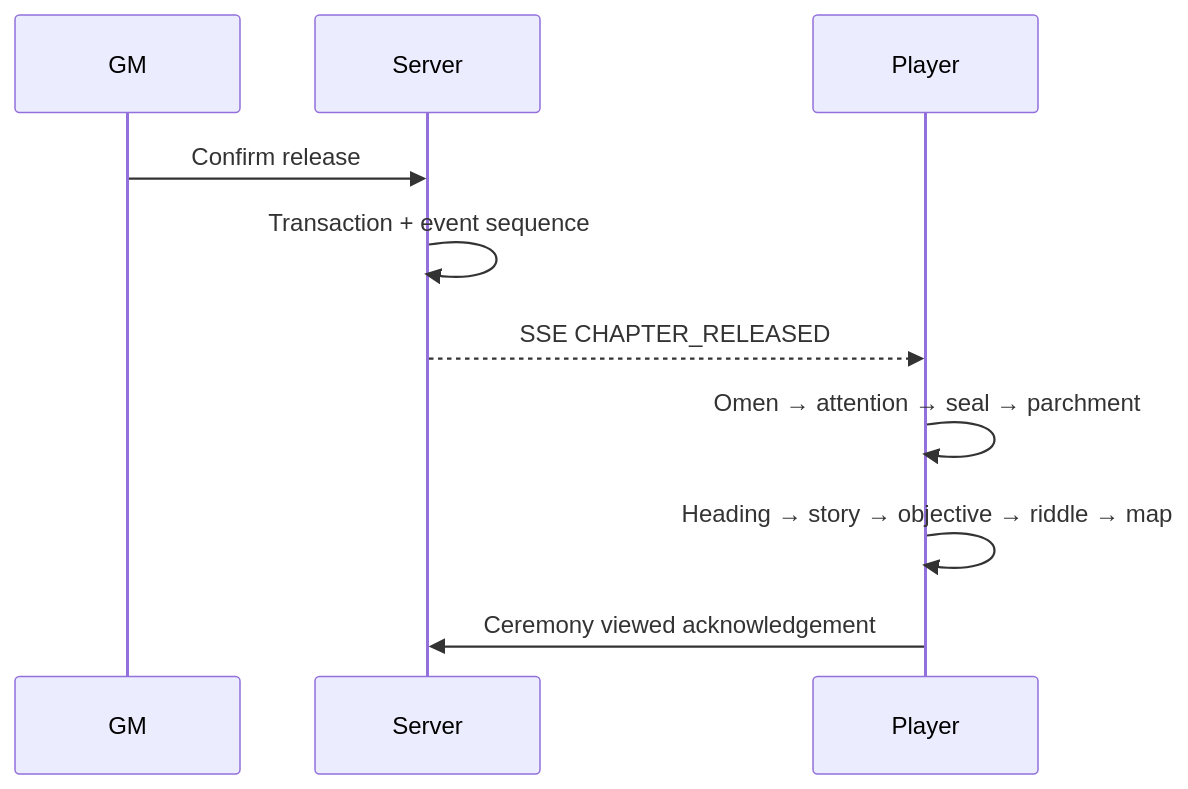
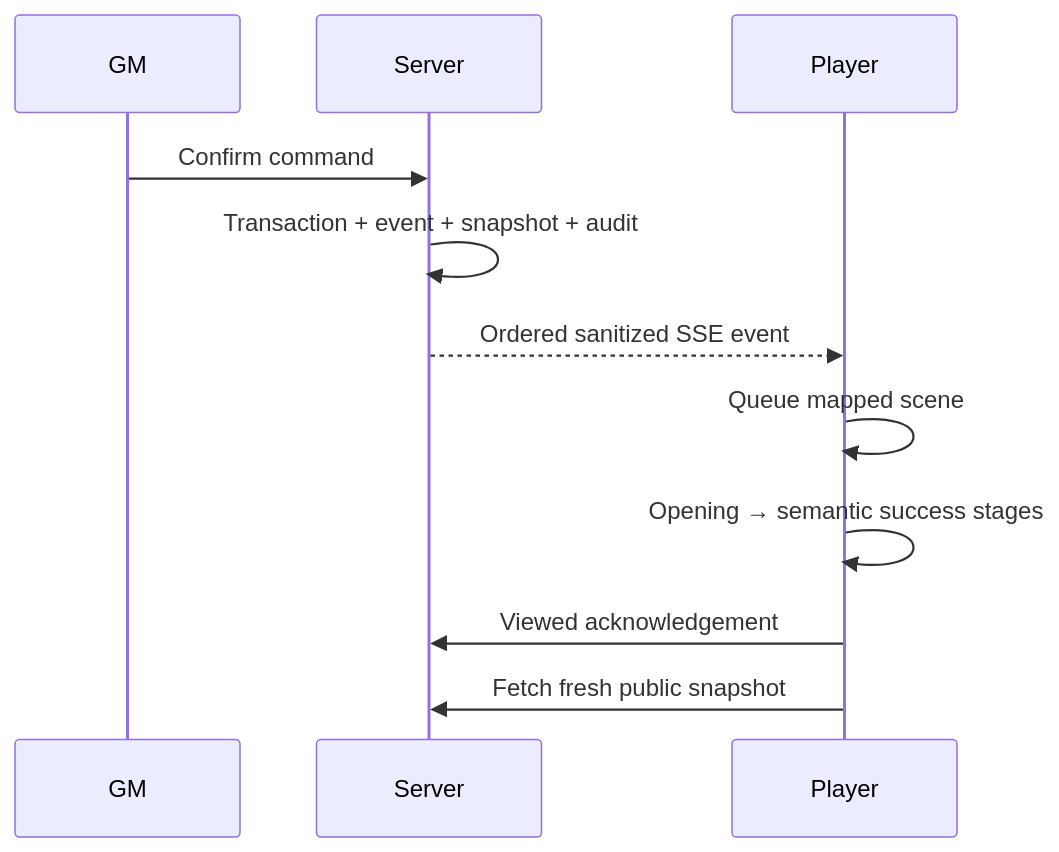
The diagram in docs/theatrical-event-system.md (Kgray44/treasurehuntSoT), drawn with Mermaid before and after one commit. The commit also changed other lines of this file and 124 other files, not shown here.

````diff
--- a/docs/theatrical-event-system.md
+++ b/docs/theatrical-event-system.md
@@ -7,12 +5,13 @@
 ```mermaid
 sequenceDiagram
   participant GM
   participant Server
   participant Player
-  GM->>Server: Confirm release
-  Server->>Server: Transaction + event sequence
-  Server-->>Player: SSE CHAPTER_RELEASED
-  Player->>Player: Omen → attention → seal → parchment
-  Player->>Player: Heading → story → objective → riddle → map
-  Player->>Server: Ceremony viewed acknowledgement
+  GM->>Server: Confirm command
+  Server->>Server: Transaction + event + snapshot + audit
+  Server-->>Player: Ordered sanitized SSE event
+  Player->>Player: Queue mapped scene
+  Player->>Player: Opening → semantic success stages
+  Player->>Server: Viewed acknowledgement
+  Player->>Server: Fetch fresh public snapshot
 ```
````
